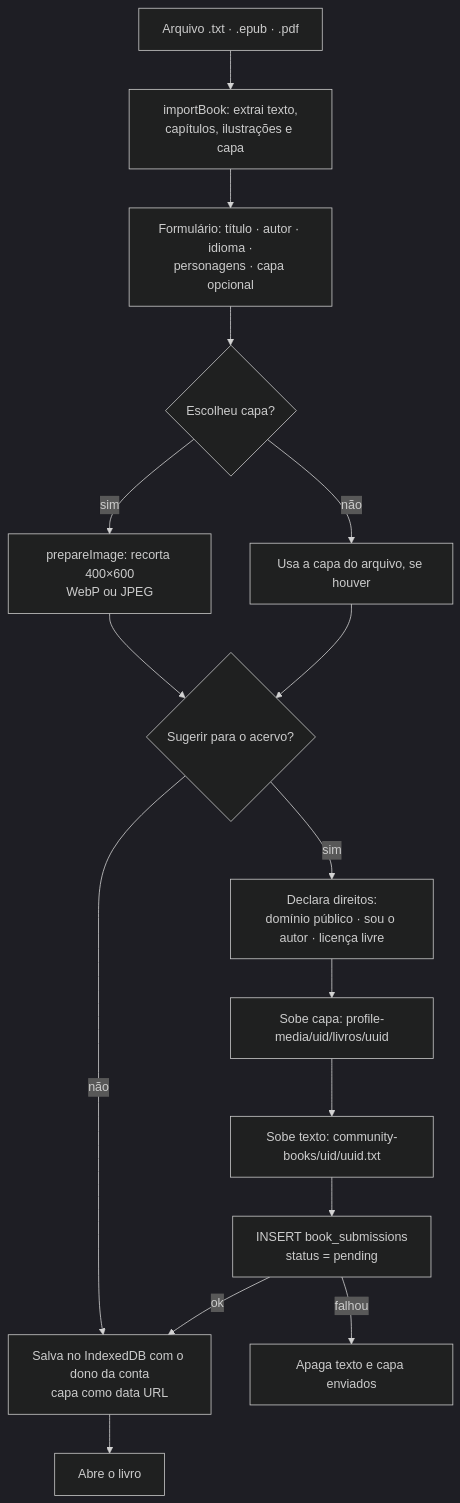
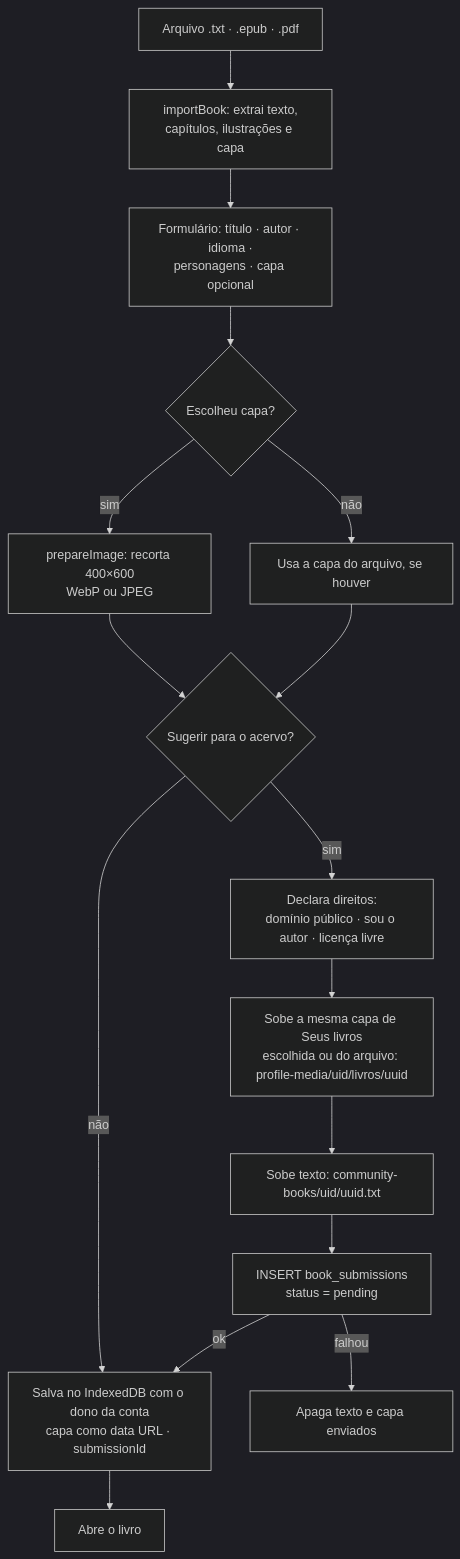
The fifth of 14 diagrams in docs/ARQUITETURA.md (axyonsoftwarehouse/story-verse-web), drawn with Mermaid (dark theme) before and after one commit. The commit also changed other lines of this file and 5 other files, not shown here.

First line of the commit message:
fix(acervo): capa do acervo igual à de "Seus livros"

````diff
--- a/docs/ARQUITETURA.md
+++ b/docs/ARQUITETURA.md
@@ -183,19 +183,19 @@
 ```mermaid
 flowchart TD
   F[Arquivo .txt · .epub · .pdf] --> P[importBook: extrai texto,<br/>capítulos, ilustrações e capa]
   P --> FORM[Formulário: título · autor · idioma ·<br/>personagens · capa opcional]
   FORM --> CAPA{Escolheu capa?}
   CAPA -- sim --> RS[prepareImage: recorta 400×600<br/>WebP ou JPEG]
   CAPA -- não --> NC[Usa a capa do arquivo, se houver]
   RS & NC --> SHARE{Sugerir para o acervo?}
 
   SHARE -- não --> SAVE
   SHARE -- sim --> R[Declara direitos:<br/>domínio público · sou o autor · licença livre]
-  R --> UPC[Sobe capa: profile-media/uid/livros/uuid]
+  R --> UPC[Sobe a mesma capa de Seus livros<br/>escolhida ou do arquivo: profile-media/uid/livros/uuid]
   UPC --> UPT[Sobe texto: community-books/uid/uuid.txt]
   UPT --> INS[INSERT book_submissions<br/>status = pending]
   INS -->|falhou| CLEAN[Apaga texto e capa enviados]
   INS -->|ok| SAVE
 
-  SAVE[Salva no IndexedDB com o dono da conta<br/>capa como data URL] --> OPEN[Abre o livro]
+  SAVE[Salva no IndexedDB com o dono da conta<br/>capa como data URL · submissionId] --> OPEN[Abre o livro]
 ```
````
